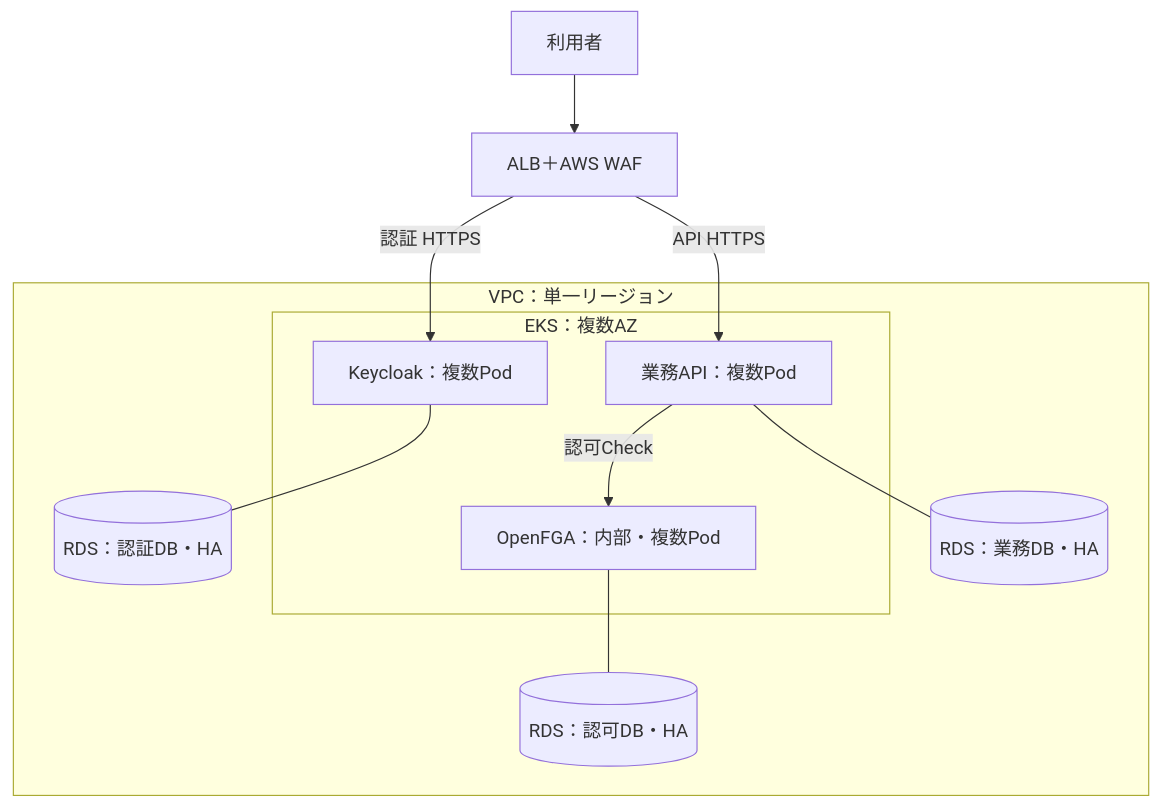
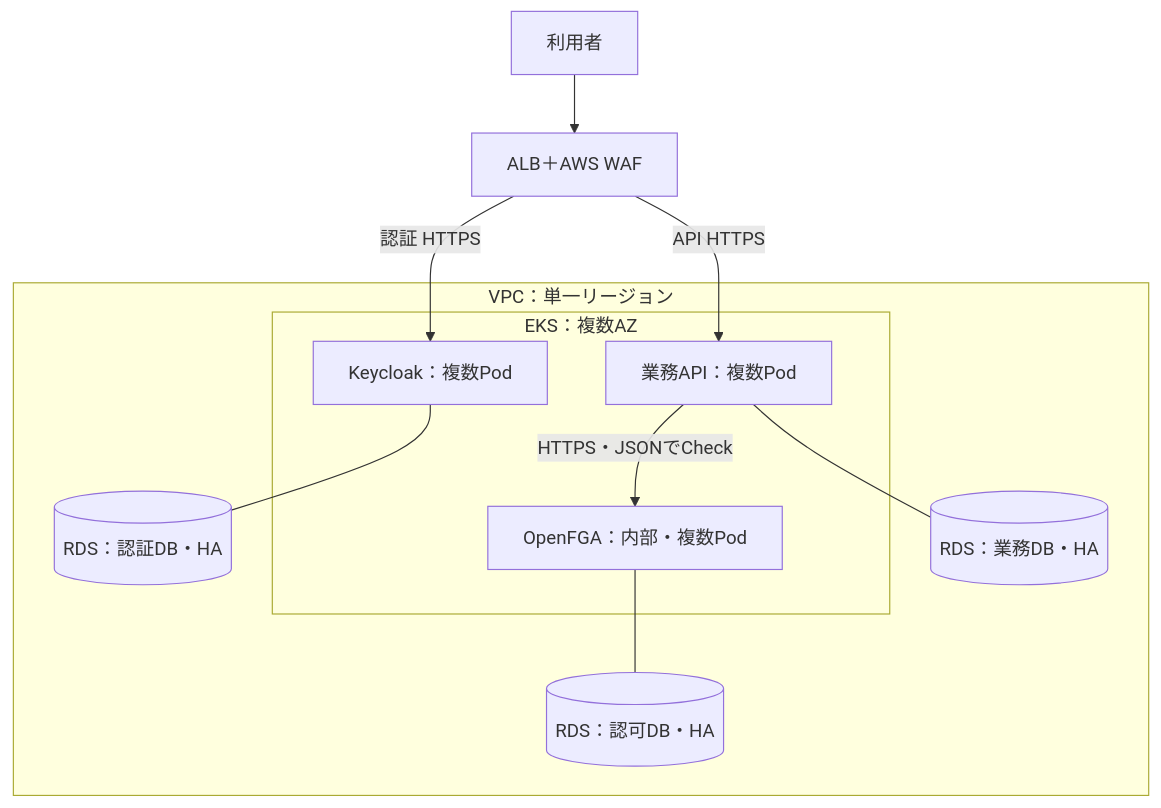
Before and after one commit to higuuu/oidc-load-lab: the seventh of 8 diagrams in article/qiita.md, drawn with Mermaid. The commit also changed other lines of this file and 2 other files, not shown here.

````diff
--- a/article/qiita.md
+++ b/article/qiita.md
@@ -250,17 +333,17 @@
 ```mermaid
 flowchart TB
     U["利用者"] --> EDGE["ALB＋AWS WAF"]
     subgraph VPC["VPC：単一リージョン"]
         subgraph EKS["EKS：複数AZ"]
             KC["Keycloak：複数Pod"]
             API["業務API：複数Pod"]
             FGA["OpenFGA：内部・複数Pod"]
-            API -->|"認可Check"| FGA
+            API -->|"HTTPS・JSONでCheck"| FGA
         end
         KC --- KDB[("RDS：認証DB・HA")]
         FGA --- FDB[("RDS：認可DB・HA")]
         API --- ADB[("RDS：業務DB・HA")]
     end
     EDGE -->|"認証 HTTPS"| KC
     EDGE -->|"API HTTPS"| API
 ```
````
